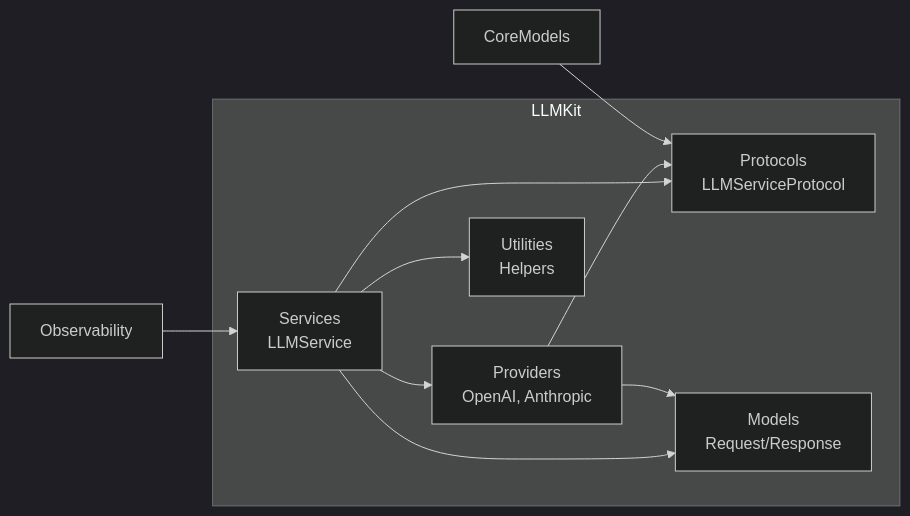
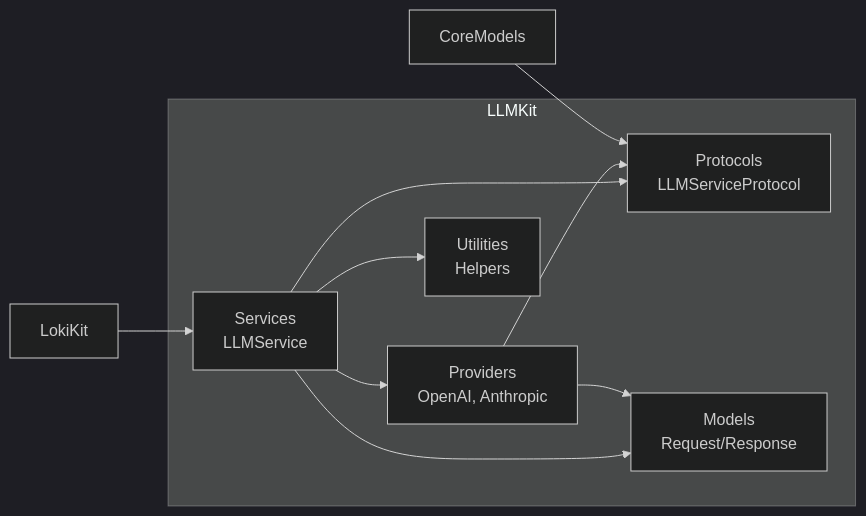
One commit to LeePepe/VoxPocket changed the second of 6 diagrams in docs/architecture/dependency-graph.md. Above: the diagram before and after it, drawn with Mermaid (dark theme). The commit also changed other lines of this file and 9 other files, not shown here.

Commit message:
fix: repair CI local deps and align LokiKit docs

````diff
--- a/docs/architecture/dependency-graph.md
+++ b/docs/architecture/dependency-graph.md
@@ -86,20 +86,20 @@
 ```mermaid
 graph LR
     subgraph LLMKit
         Protocols[Protocols<br/>LLMServiceProtocol]
         Models[Models<br/>Request/Response]
         Providers[Providers<br/>OpenAI, Anthropic]
         Services[Services<br/>LLMService]
         Utilities[Utilities<br/>Helpers]
     end
 
     Services --> Protocols
     Services --> Models
     Providers --> Protocols
     Providers --> Models
     Services --> Providers
     Services --> Utilities
 
     CoreModels --> Protocols
-    Observability --> Services
+    LokiKit --> Services
 ```
````
